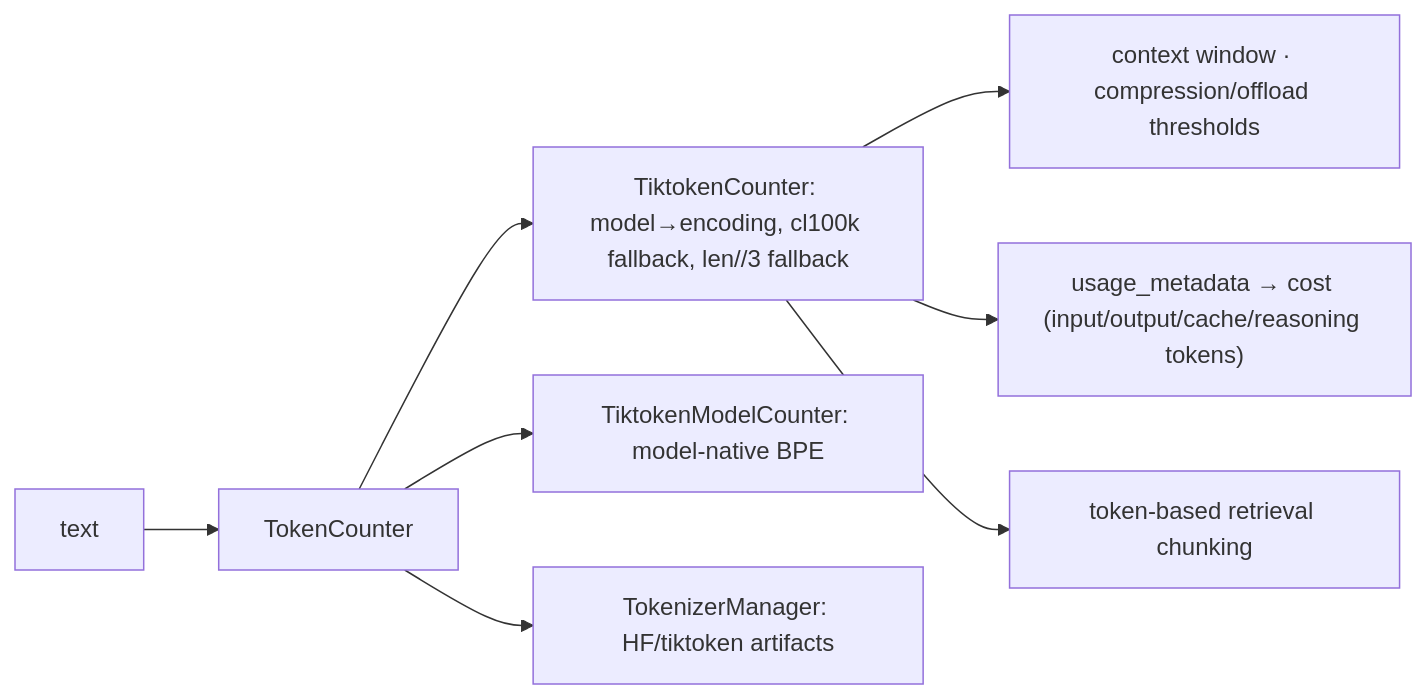
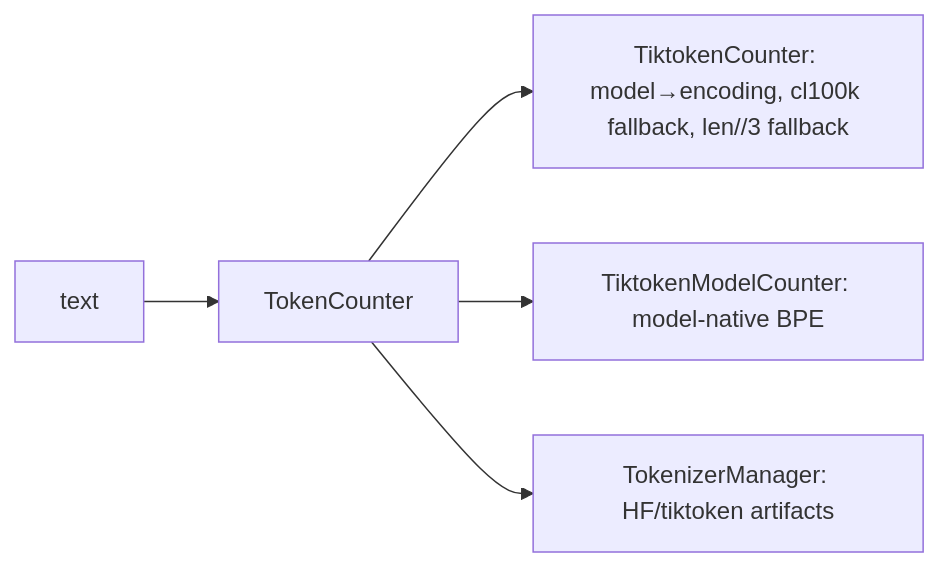
Before and after one commit to michaelatamuk/openjiuwen-knowledge: the first of 15 diagrams in content/topics/01-llm-foundations.md, drawn with Mermaid. The commit also changed other lines of this file and 58 other files, not shown here.

````diff
--- a/content/topics/01-llm-foundations.md
+++ b/content/topics/01-llm-foundations.md
@@ -10,10 +11,7 @@
 ```mermaid
 flowchart LR
     TEXT["text"] --> TC["TokenCounter"]
     TC --> TK["TiktokenCounter: model→encoding, cl100k fallback, len//3 fallback"]
     TC --> TM["TiktokenModelCounter: model-native BPE"]
     TC --> TOK["TokenizerManager: HF/tiktoken artifacts"]
-    TK --> BUD["context window · compression/offload thresholds"]
-    TK --> COST["usage_metadata → cost (input/output/cache/reasoning tokens)"]
-    TK --> CHUNK["token-based retrieval chunking"]
 ```
````
